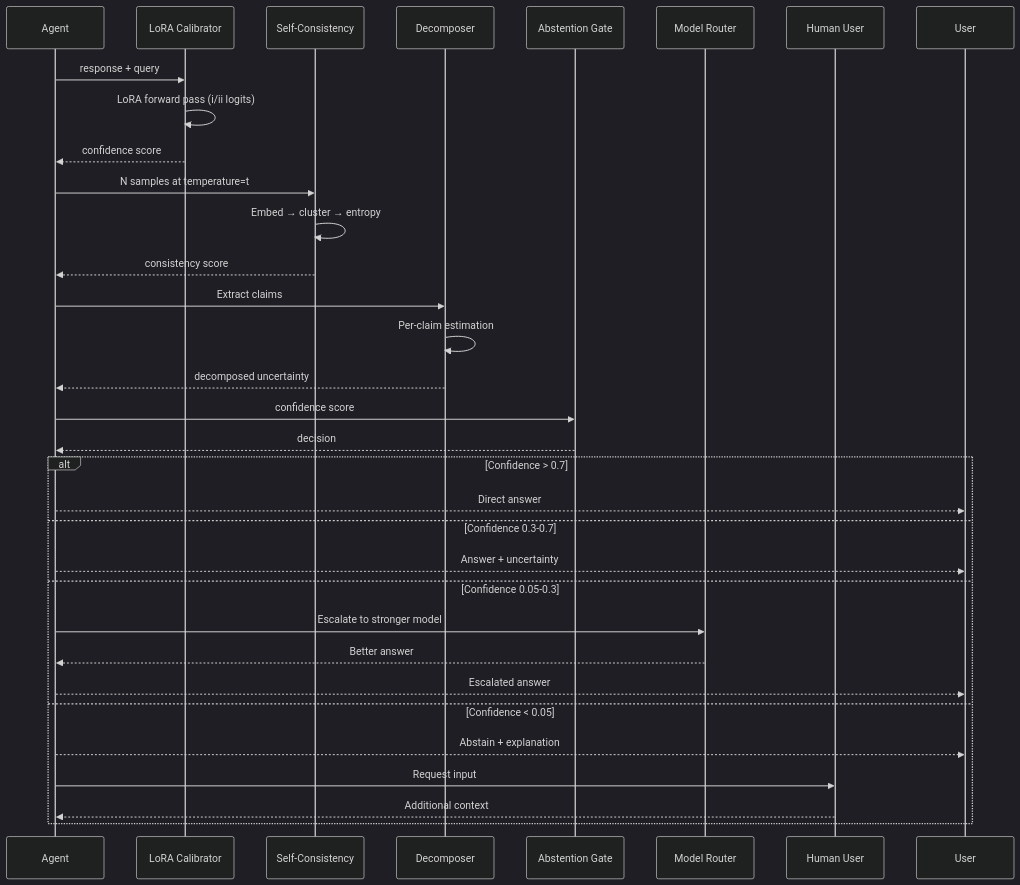
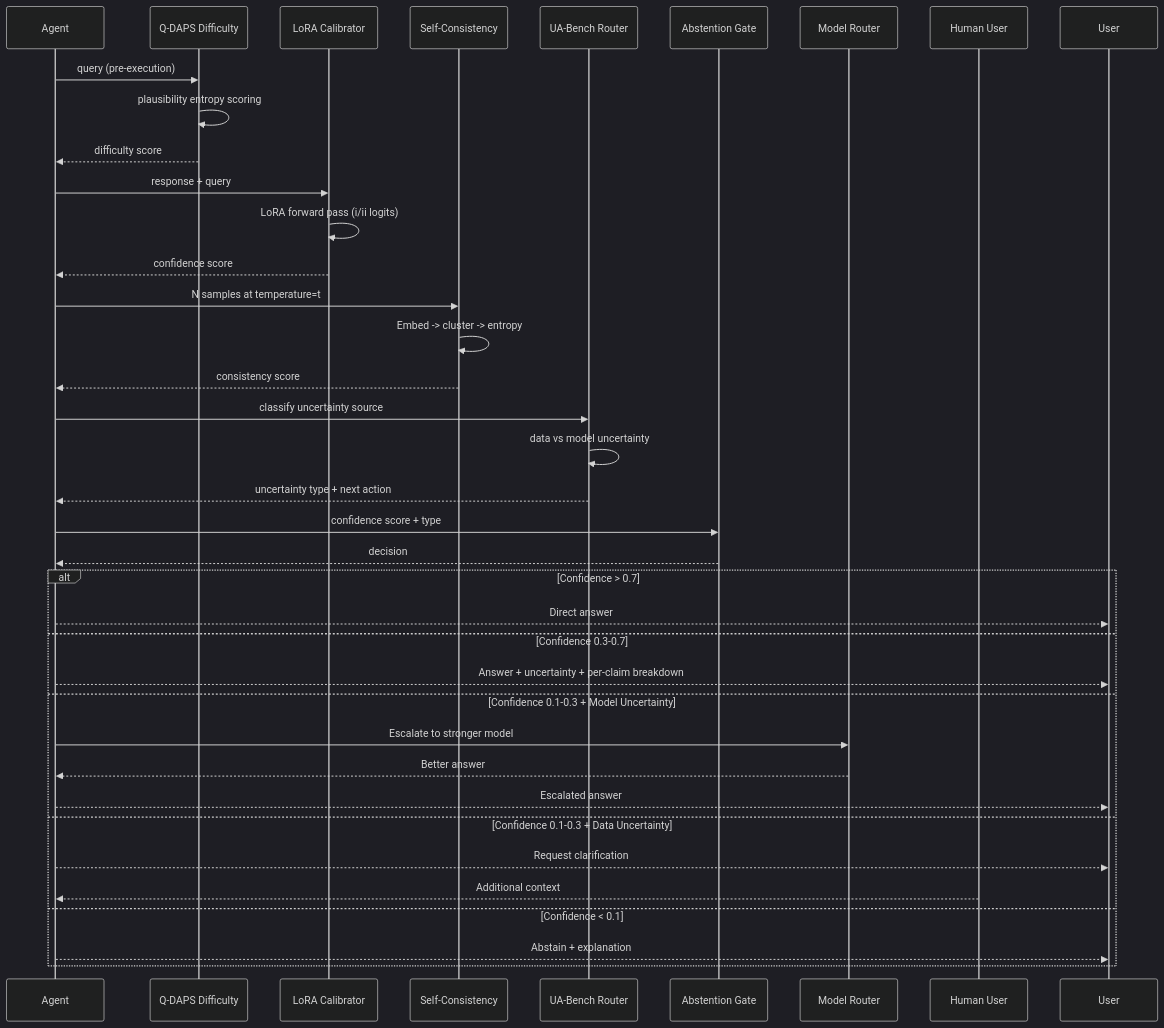
Before and after one commit to ndqkhanh/lyra: the second of 2 diagrams in docs/lyra-upgrade/plans/19-self-knowledge.md, drawn with Mermaid (dark theme). The commit also changed other lines of this file and 776 other files, not shown here.

````diff
--- a/docs/lyra-upgrade/plans/19-self-knowledge.md
+++ b/docs/lyra-upgrade/plans/19-self-knowledge.md
@@ -463,39 +628,45 @@
 ```mermaid
 sequenceDiagram
     participant Agent
+    participant QD as Q-DAPS Difficulty
     participant Calibrator as LoRA Calibrator
     participant SC as Self-Consistency
-    participant Decomp as Decomposer
+    participant UA as UA-Bench Router
     participant Gate as Abstention Gate
     participant Router as Model Router
     participant Human as Human User
+    
+    Agent->>QD: query (pre-execution)
+    QD->>QD: plausibility entropy scoring
+    QD-->>Agent: difficulty score
     
     Agent->>Calibrator: response + query
     Calibrator->>Calibrator: LoRA forward pass (i/ii logits)
     Calibrator-->>Agent: confidence score
     
     Agent->>SC: N samples at temperature=t
-    SC->>SC: Embed → cluster → entropy
+    SC->>SC: Embed -> cluster -> entropy
     SC-->>Agent: consistency score
     
-    Agent->>Decomp: Extract claims
-    Decomp->>Decomp: Per-claim estimation
-    Decomp-->>Agent: decomposed uncertainty
+    Agent->>UA: classify uncertainty source
+    UA->>UA: data vs model uncertainty
+    UA-->>Agent: uncertainty type + next action
     
-    Agent->>Gate: confidence score
+    Agent->>Gate: confidence score + type
     Gate-->>Agent: decision
     
     alt Confidence > 0.7
         Agent-->>User: Direct answer
     else Confidence 0.3-0.7
-        Agent-->>User: Answer + uncertainty
-    else Confidence 0.05-0.3
+        Agent-->>User: Answer + uncertainty + per-claim breakdown
+    else Confidence 0.1-0.3 + Model Uncertainty
         Agent->>Router: Escalate to stronger model
         Router-->>Agent: Better answer
         Agent-->>User: Escalated answer
-    else Confidence < 0.05
+    else Confidence 0.1-0.3 + Data Uncertainty
+        Agent-->>User: Request clarification
+        Human-->>Agent: Additional context
+    else Confidence < 0.1
         Agent-->>User: Abstain + explanation
-        Agent->>Human: Request input
-        Human-->>Agent: Additional context
     end
 ```
````
